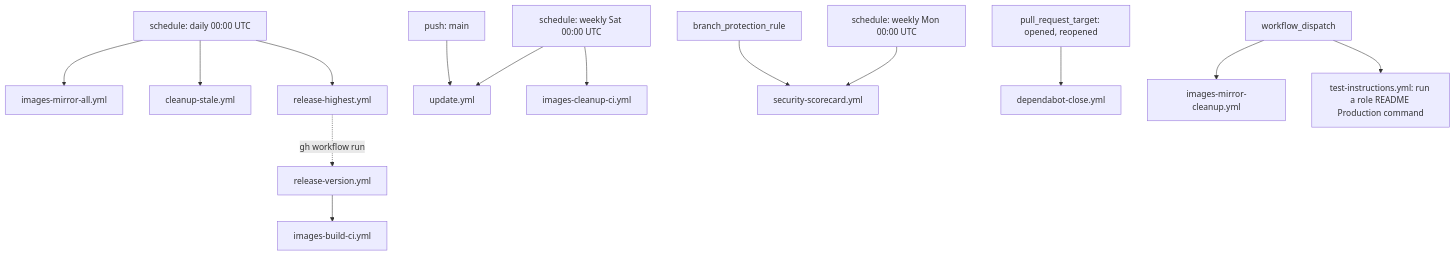
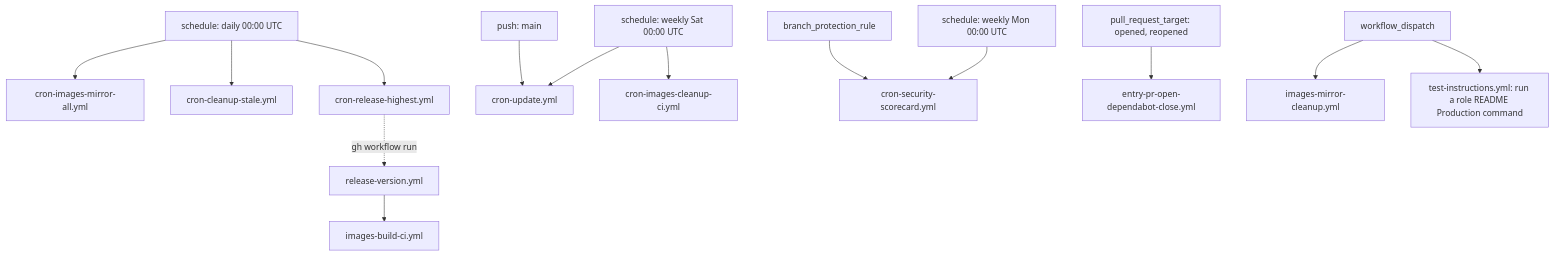
The third of 3 diagrams in .github/workflows/README.md (AlejandroRomanIbanez/infinito-nexus), drawn with Mermaid before and after one commit. The commit also changed other lines of this file and 69 other files, not shown here.

````diff
--- a/.github/workflows/README.md
+++ b/.github/workflows/README.md
@@ -192,17 +192,17 @@
 ```mermaid
 flowchart TB
-    daily["schedule: daily 00:00 UTC"] --> mirrorall["images-mirror-all.yml"]
-    daily --> stale["cleanup-stale.yml"]
-    daily --> relhighest["release-highest.yml"]
-    weekly["schedule: weekly Sat 00:00 UTC"] --> updatewf["update.yml"]
-    weekly --> cleanupci["images-cleanup-ci.yml"]
-    weeklymon["schedule: weekly Mon 00:00 UTC"] --> scorecard["security-scorecard.yml"]
+    daily["schedule: daily 00:00 UTC"] --> mirrorall["cron-images-mirror-all.yml"]
+    daily --> stale["cron-cleanup-stale.yml"]
+    daily --> relhighest["cron-release-highest.yml"]
+    weekly["schedule: weekly Sat 00:00 UTC"] --> updatewf["cron-update.yml"]
+    weekly --> cleanupci["cron-images-cleanup-ci.yml"]
+    weeklymon["schedule: weekly Mon 00:00 UTC"] --> scorecard["cron-security-scorecard.yml"]
     branchprot["branch_protection_rule"] --> scorecard
     pushmain["push: main"] --> updatewf
-    prtarget["pull_request_target: opened, reopened"] --> depclose["dependabot-close.yml"]
+    prtarget["pull_request_target: opened, reopened"] --> depclose["entry-pr-open-dependabot-close.yml"]
 
     relhighest -.->|"gh workflow run"| relver["release-version.yml"]
     relver --> imgbuildci["images-build-ci.yml"]
     manual["workflow_dispatch"] --> mirrorcleanup["images-mirror-cleanup.yml"]
     manual --> deploywf["test-instructions.yml: run a role README Production command"]
 ```
````
